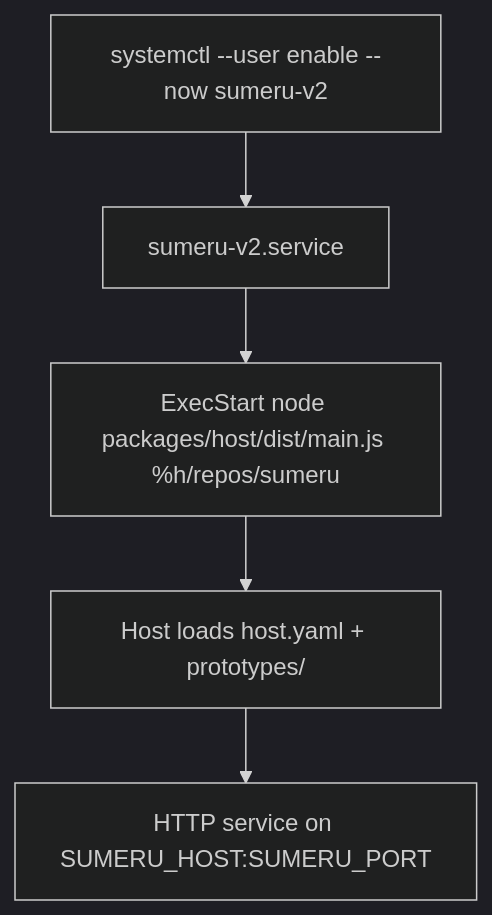
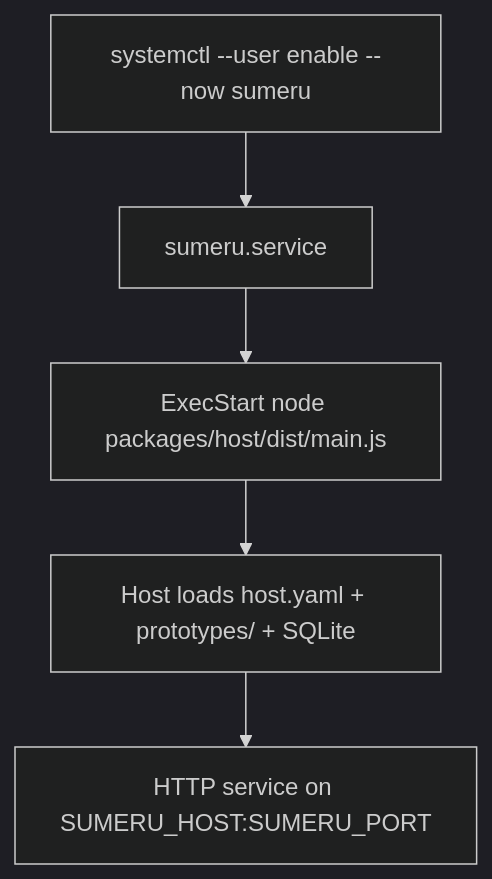
One commit to shazhou-ww/sumeru changed the diagram in cards/deploy-systemd.md. Above: the diagram before and after it, drawn with Mermaid (dark theme). The commit also changed other lines of this file and 16 other files, not shown here.

First line of the commit message:
docs(cards): update all architecture cards for V3 data model

````diff
--- a/cards/deploy-systemd.md
+++ b/cards/deploy-systemd.md
@@ -25,7 +25,7 @@
 ```mermaid
 flowchart TB
-  A[systemctl --user enable --now sumeru-v2] --> B[sumeru-v2.service]
-  B --> C[ExecStart node packages/host/dist/main.js %h/repos/sumeru]
-  C --> D[Host loads host.yaml + prototypes/]
+  A[systemctl --user enable --now sumeru] --> B[sumeru.service]
+  B --> C[ExecStart node packages/host/dist/main.js]
+  C --> D[Host loads host.yaml + prototypes/ + SQLite]
   D --> E[HTTP service on SUMERU_HOST:SUMERU_PORT]
 ```
````
